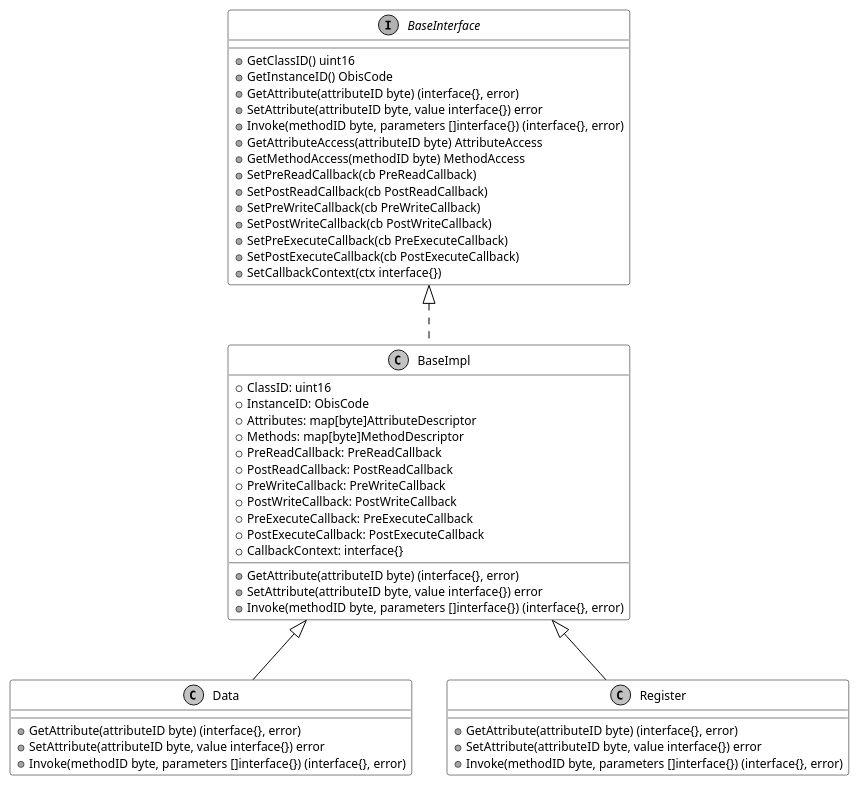
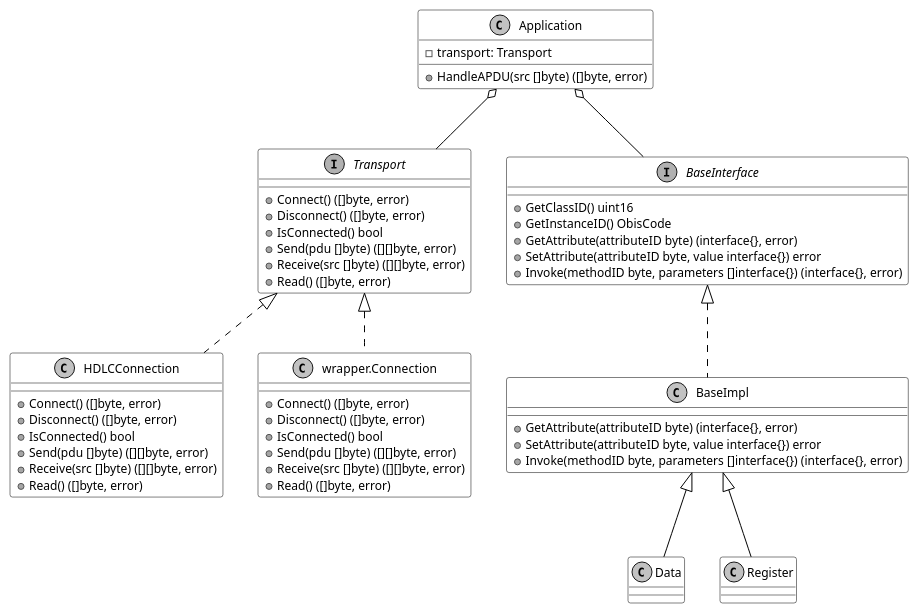
One commit to gvtret/spodes-go changed the diagram in docs/plantuml/class_diagram.puml. Above: the diagram before and after it, drawn with PlantUML. The commit also changed 13 other files, not shown here.

First line of the commit message:
refactor(transport): Abstract transport layer and refactor application

```diff
--- a/docs/plantuml/class_diagram.puml
+++ b/docs/plantuml/class_diagram.puml
@@ -1,68 +1,76 @@
 @startuml
 ' skinparam
 skinparam monochrome true
 skinparam shadowing false
 skinparam defaultFontName "Arial"
 skinparam defaultFontSize 12
 skinparam roundCorner 5
 skinparam stereotypeCBackgroundColor White
 skinparam class {
     BackgroundColor White
     ArrowColor Black
     BorderColor Black
 }
 
 ' interfaces
+interface Transport {
+    + Connect() ([]byte, error)
+    + Disconnect() ([]byte, error)
+    + IsConnected() bool
+    + Send(pdu []byte) ([][]byte, error)
+    + Receive(src []byte) ([][]byte, error)
+    + Read() ([]byte, error)
+}
+
 interface BaseInterface {
     + GetClassID() uint16
     + GetInstanceID() ObisCode
     + GetAttribute(attributeID byte) (interface{}, error)
     + SetAttribute(attributeID byte, value interface{}) error
     + Invoke(methodID byte, parameters []interface{}) (interface{}, error)
-    + GetAttributeAccess(attributeID byte) AttributeAccess
-    + GetMethodAccess(methodID byte) MethodAccess
-    + SetPreReadCallback(cb PreReadCallback)
-    + SetPostReadCallback(cb PostReadCallback)
-    + SetPreWriteCallback(cb PreWriteCallback)
-    + SetPostWriteCallback(cb PostWriteCallback)
-    + SetPreExecuteCallback(cb PreExecuteCallback)
-    + SetPostExecuteCallback(cb PostExecuteCallback)
-    + SetCallbackContext(ctx interface{})
 }
 
 ' classes
+class Application {
+    - transport: Transport
+    + HandleAPDU(src []byte) ([]byte, error)
+}
+
+class HDLCConnection {
+    + Connect() ([]byte, error)
+    + Disconnect() ([]byte, error)
+    + IsConnected() bool
+    + Send(pdu []byte) ([][]byte, error)
+    + Receive(src []byte) ([][]byte, error)
+    + Read() ([]byte, error)
+}
+
+class "wrapper.Connection" as WrapperConnection {
+    + Connect() ([]byte, error)
+    + Disconnect() ([]byte, error)
+    + IsConnected() bool
+    + Send(pdu []byte) ([][]byte, error)
+    + Receive(src []byte) ([][]byte, error)
+    + Read() ([]byte, error)
+}
+
 class BaseImpl {
-    + ClassID: uint16
-    + InstanceID: ObisCode
-    + Attributes: map[byte]AttributeDescriptor
-    + Methods: map[byte]MethodDescriptor
-    + PreReadCallback: PreReadCallback
-    + PostReadCallback: PostReadCallback
-    + PreWriteCallback: PreWriteCallback
-    + PostWriteCallback: PostWriteCallback
-    + PreExecuteCallback: PreExecuteCallback
-    + PostExecuteCallback: PostExecuteCallback
-    + CallbackContext: interface{}
     + GetAttribute(attributeID byte) (interface{}, error)
     + SetAttribute(attributeID byte, value interface{}) error
     + Invoke(methodID byte, parameters []interface{}) (interface{}, error)
 }
 
-class Data {
-    + GetAttribute(attributeID byte) (interface{}, error)
-    + SetAttribute(attributeID byte, value interface{}) error
-    + Invoke(methodID byte, parameters []interface{}) (interface{}, error)
-}
-
-class Register {
-    + GetAttribute(attributeID byte) (interface{}, error)
-    + SetAttribute(attributeID byte, value interface{}) error
-    + Invoke(methodID byte, parameters []interface{}) (interface{}, error)
-}
+class Data {}
+class Register {}
 
 ' relationships
+Application o-- Transport
+Transport <|.. HDLCConnection
+Transport <|.. WrapperConnection
+
+Application o-- BaseInterface
 BaseInterface <|.. BaseImpl
 BaseImpl <|-- Data
 BaseImpl <|-- Register
 
 @enduml
```
